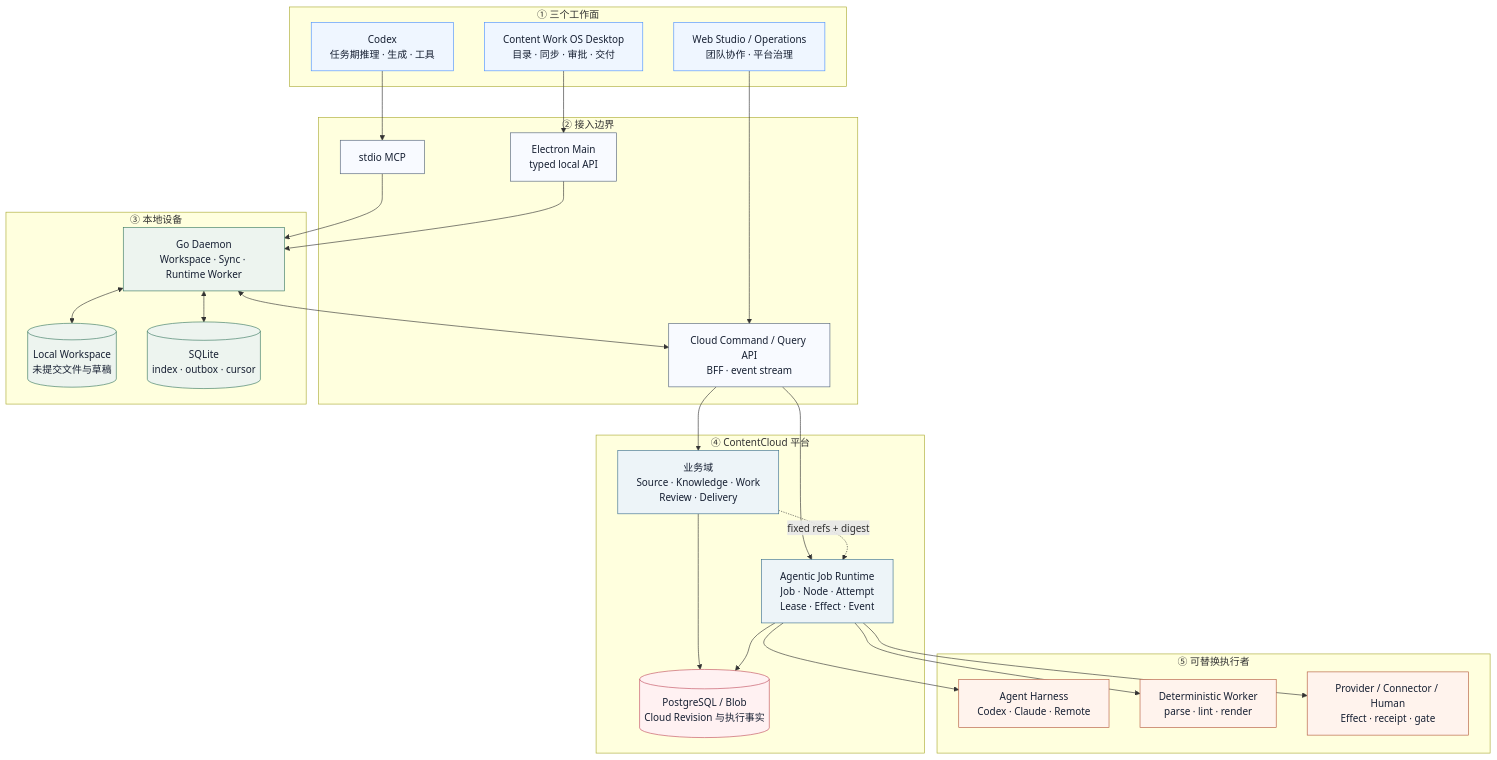
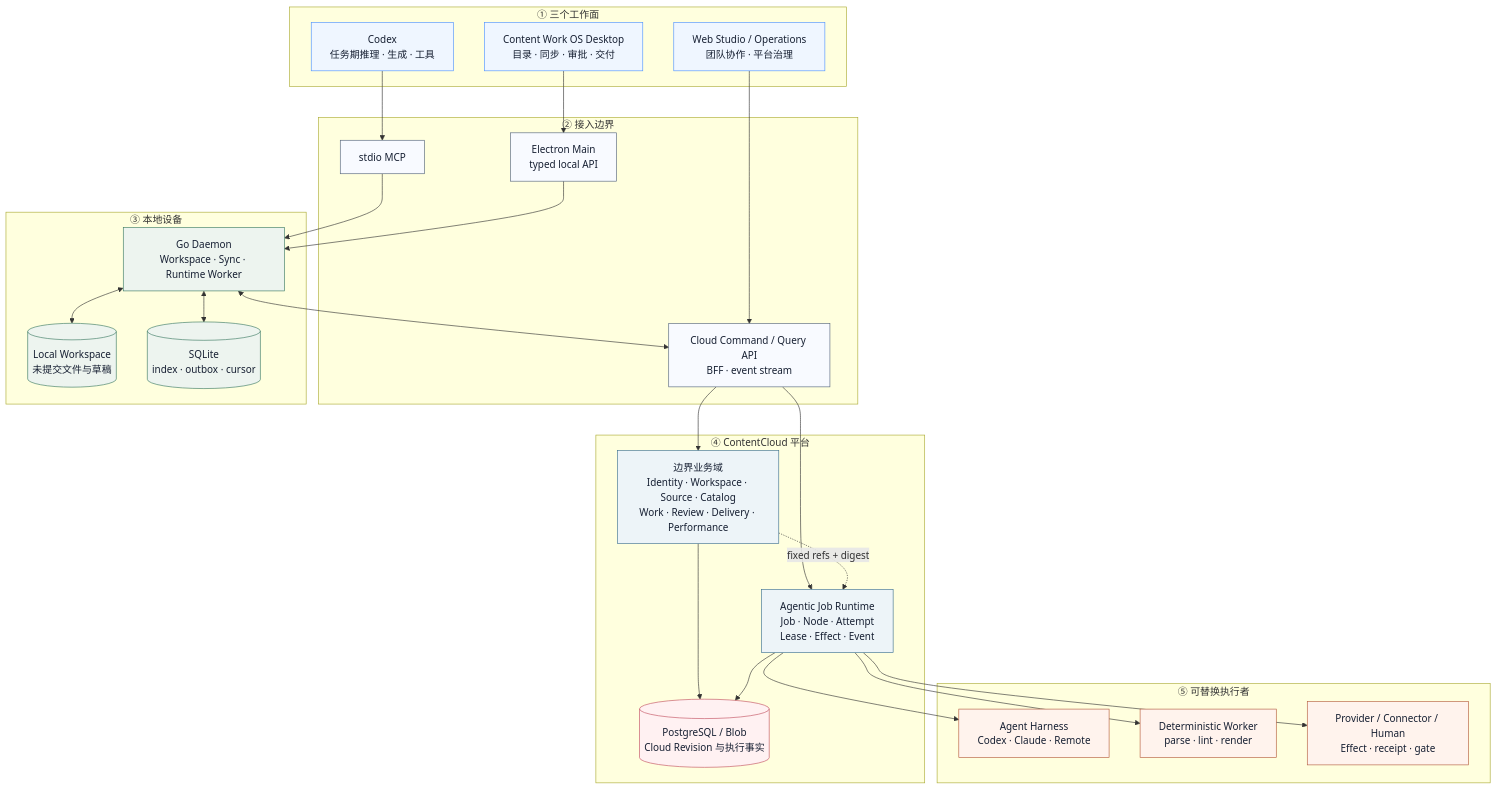
One commit to limecloud/contentcloud changed the diagram in docs/tech/contentcloud-agentic-job-runtime-architecture.mmd. Above: the diagram before and after it, drawn with Mermaid. The commit also changed 966 other files, not shown here.

Commit message:
release: v0.28.0 desktop and workspace architecture

```diff
--- a/docs/tech/contentcloud-agentic-job-runtime-architecture.mmd
+++ b/docs/tech/contentcloud-agentic-job-runtime-architecture.mmd
@@ -1,60 +1,60 @@
-%% Content Work OS / ContentCloud current architecture source.
-%% Work surfaces, business facts and runtime facts stay separate.
+%% Content Work OS / ContentCloud target architecture source.
+%% Work surfaces, bounded business facts and runtime facts stay separate.
 flowchart TB
     subgraph Surfaces["① 三个工作面"]
         Codex["Codex<br/>任务期推理 · 生成 · 工具"]
         Desktop["Content Work OS Desktop<br/>目录 · 同步 · 审批 · 交付"]
         Web["Web Studio / Operations<br/>团队协作 · 平台治理"]
     end
 
     subgraph Access["② 接入边界"]
         MCP["stdio MCP"]
         DesktopAPI["Electron Main<br/>typed local API"]
         CloudAPI["Cloud Command / Query API<br/>BFF · event stream"]
     end
 
     subgraph Local["③ 本地设备"]
         Daemon["Go Daemon<br/>Workspace · Sync · Runtime Worker"]
         Workspace[("Local Workspace<br/>未提交文件与草稿")]
         Cache[("SQLite<br/>index · outbox · cursor")]
     end
 
     subgraph Platform["④ ContentCloud 平台"]
-        Business["业务域<br/>Source · Knowledge · Work<br/>Review · Delivery"]
+        Business["边界业务域<br/>Identity · Workspace · Source · Catalog<br/>Work · Review · Delivery · Performance"]
         Runtime["Agentic Job Runtime<br/>Job · Node · Attempt<br/>Lease · Effect · Event"]
         CloudFacts[("PostgreSQL / Blob<br/>Cloud Revision 与执行事实")]
     end
 
     subgraph Executors["⑤ 可替换执行者"]
         Harness["Agent Harness<br/>Codex · Claude · Remote"]
         Worker["Deterministic Worker<br/>parse · lint · render"]
         External["Provider / Connector / Human<br/>Effect · receipt · gate"]
     end
 
     Codex --> MCP --> Daemon
     Desktop --> DesktopAPI --> Daemon
     Web --> CloudAPI
     Daemon <--> Workspace
     Daemon <--> Cache
     Daemon <--> CloudAPI
     CloudAPI --> Business
     CloudAPI --> Runtime
     Business --> CloudFacts
     Runtime --> CloudFacts
     Runtime --> Harness
     Runtime --> Worker
     Runtime --> External
     Business -. "fixed refs + digest" .-> Runtime
 
     classDef surface fill:#eff6ff,stroke:#4c91ff,color:#172033
     classDef access fill:#f8faff,stroke:#52627b,color:#172033
     classDef local fill:#edf4ef,stroke:#397860,color:#172033
     classDef platform fill:#edf4f8,stroke:#3b6f8f,color:#172033
     classDef facts fill:#fff1f2,stroke:#c24f5f,color:#172033
     classDef exec fill:#fff3ed,stroke:#b45b3c,color:#172033
     class Codex,Desktop,Web surface
     class MCP,DesktopAPI,CloudAPI access
     class Daemon,Workspace,Cache local
     class Business,Runtime platform
     class CloudFacts facts
     class Harness,Worker,External exec
```
